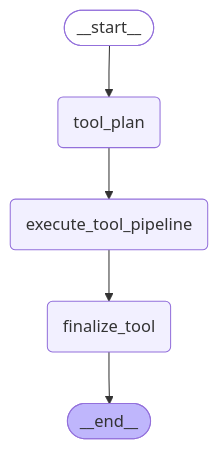
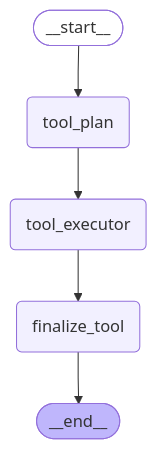
One commit to leo514937/ai-agent changed the diagram in docs/p1.5/baseline_freeze/graphs/tool_graph.mmd. Above: the diagram before and after it, drawn with Mermaid. The commit also changed 209 other files, not shown here.

```diff
--- a/docs/p1.5/baseline_freeze/graphs/tool_graph.mmd
+++ b/docs/p1.5/baseline_freeze/graphs/tool_graph.mmd
@@ -1,18 +1,18 @@
 ---
 config:
   flowchart:
     curve: linear
 ---
 graph TD;
 	__start__([<p>__start__</p>]):::first
 	tool_plan(tool_plan)
-	execute_tool_pipeline(execute_tool_pipeline)
+	tool_executor(tool_executor)
 	finalize_tool(finalize_tool)
 	__end__([<p>__end__</p>]):::last
 	__start__ --> tool_plan;
-	execute_tool_pipeline --> finalize_tool;
-	tool_plan --> execute_tool_pipeline;
+	tool_executor --> finalize_tool;
+	tool_plan --> tool_executor;
 	finalize_tool --> __end__;
 	classDef default fill:#f2f0ff,line-height:1.2
 	classDef first fill-opacity:0
 	classDef last fill:#bfb6fc
```
